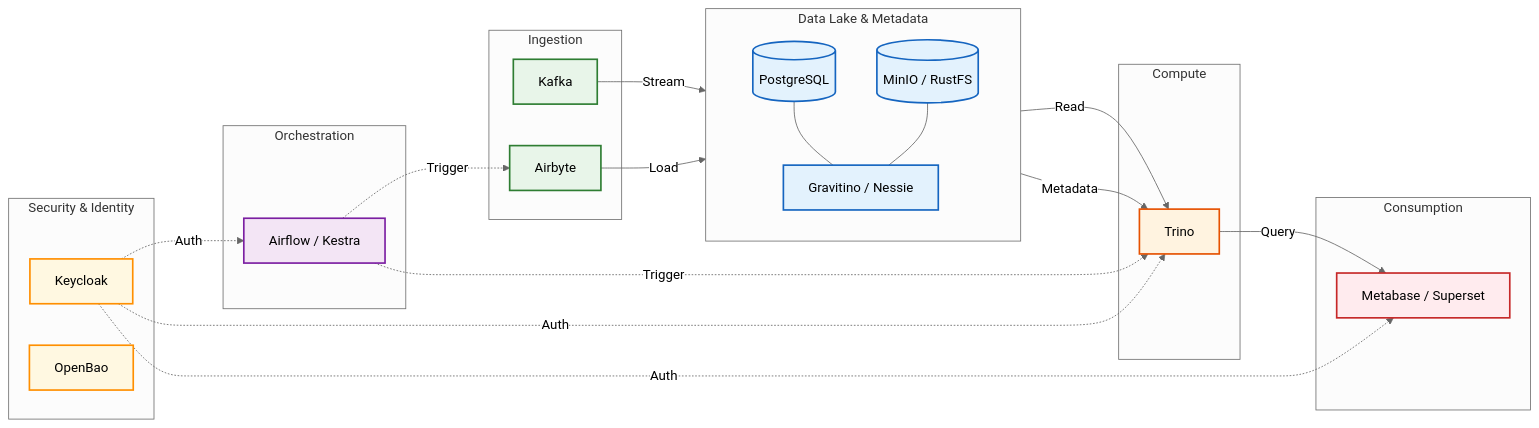
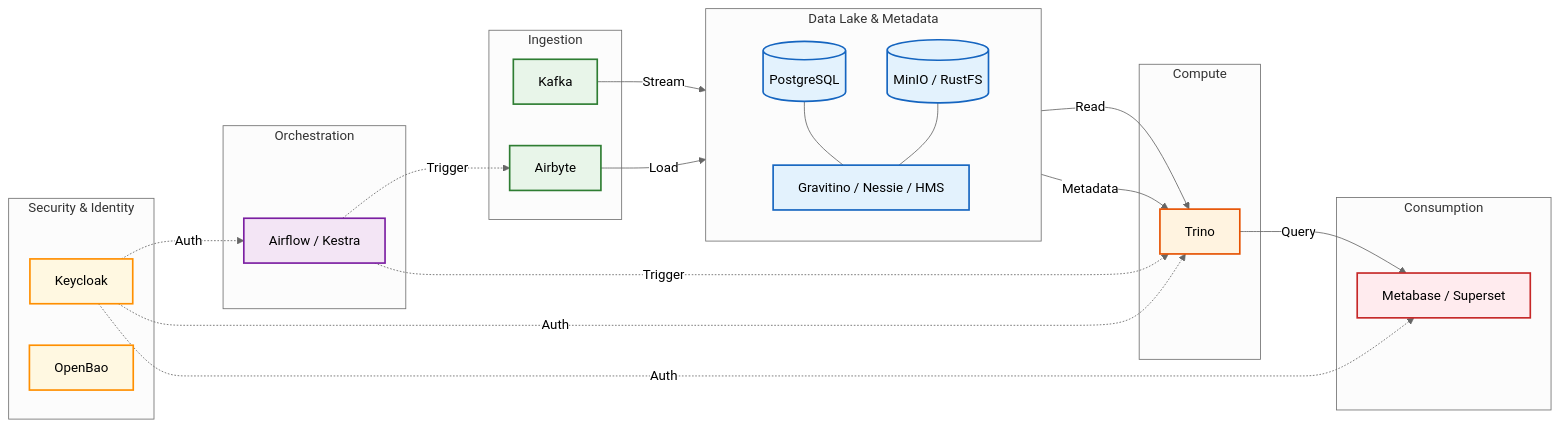
One commit to daun-gatal/terraform-modules changed the diagram in README.md. Above: the diagram before and after it, drawn with Mermaid (neutral theme). The commit also changed other lines of this file, not shown here.

Commit message:
docs: module documentation updates
Updated CHANGELOG.md to v0.4.0 and added HMS to README.md architecture/table.

````diff
--- a/README.md
+++ b/README.md
@@ -16,58 +16,58 @@
 ```mermaid
 graph LR
     %% Styles
     classDef orchestration fill:#f3e5f5,stroke:#7b1fa2,stroke-width:2px,color:#black;
     classDef ingestion fill:#e8f5e9,stroke:#2e7d32,stroke-width:2px,color:#black;
     classDef storage fill:#e3f2fd,stroke:#1565c0,stroke-width:2px,color:#black;
     classDef compute fill:#fff3e0,stroke:#e65100,stroke-width:2px,color:#black;
     classDef bi fill:#ffebee,stroke:#c62828,stroke-width:2px,color:#black;
     classDef security fill:#fff8e1,stroke:#ff8f00,stroke-width:2px,color:#black;
 
     %% Nodes
     subgraph Orch_Group [Orchestration]
         Orch[Airflow / Kestra]:::orchestration
     end
 
     subgraph Ingest_Group [Ingestion]
         Kafka[Kafka]:::ingestion
         Airbyte[Airbyte]:::ingestion
     end
 
     subgraph Data_Group [Data Lake & Metadata]
         direction TB
         Lake[(MinIO / RustFS)]:::storage
-        Catalog[Gravitino / Nessie]:::storage
+        Catalog[Gravitino / Nessie / HMS]:::storage
         MetaDB[(PostgreSQL)]:::storage
     end
 
     subgraph Compute_Group [Compute]
         Trino[Trino]:::compute
     end
 
     subgraph BI_Group [Consumption]
         BI[Metabase / Superset]:::bi
     end
 
     subgraph Security_Group [Security & Identity]
         Keycloak[Keycloak]:::security
         OpenBao[OpenBao]:::security
     end
 
     %% Edge Wiring
     Kafka -->|Stream| Lake
     Airbyte -->|Load| Lake
     Lake -->|Read| Trino
     Catalog -->|Metadata| Trino
     MetaDB --- Catalog
     Lake --- Catalog
     Trino -->|Query| BI
 
     Orch -.->|Trigger| Airbyte
     Orch -.->|Trigger| Trino
 
     Keycloak -.->|Auth| Orch
     Keycloak -.->|Auth| Trino
     Keycloak -.->|Auth| BI
 
     linkStyle default interpolate basis
 ```
````
